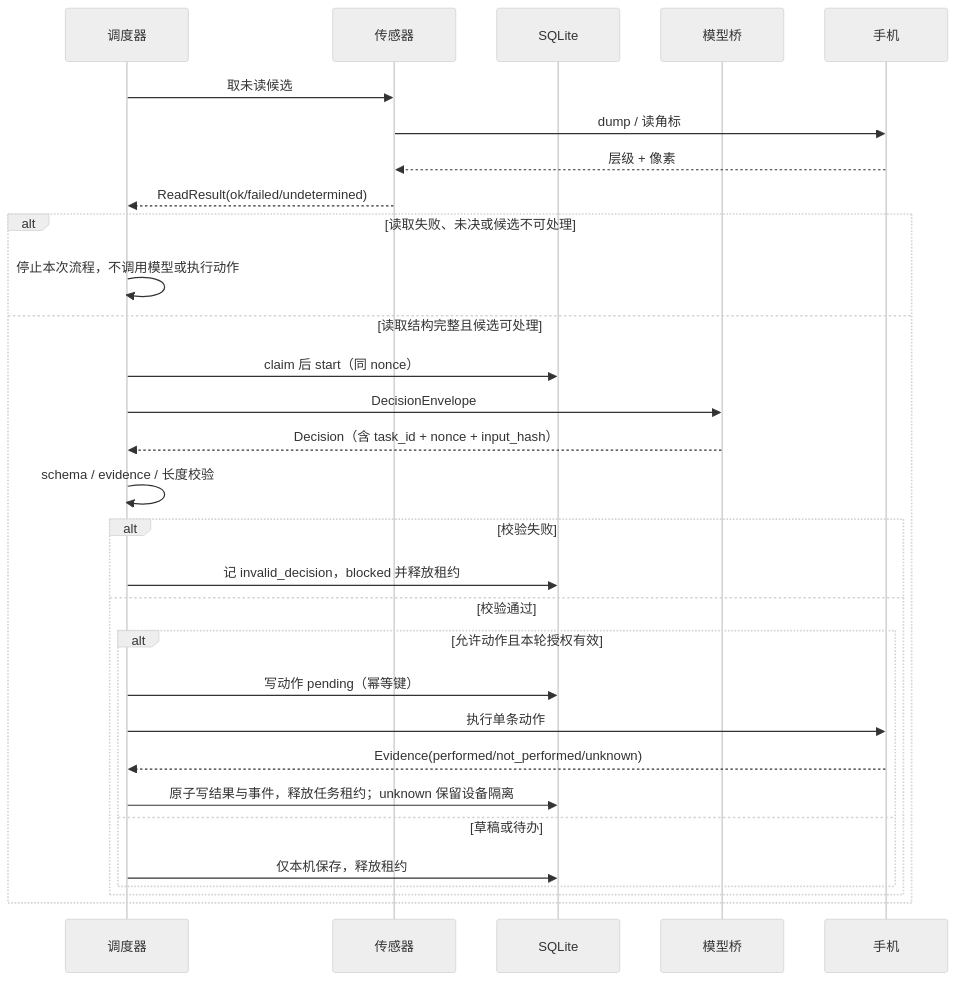
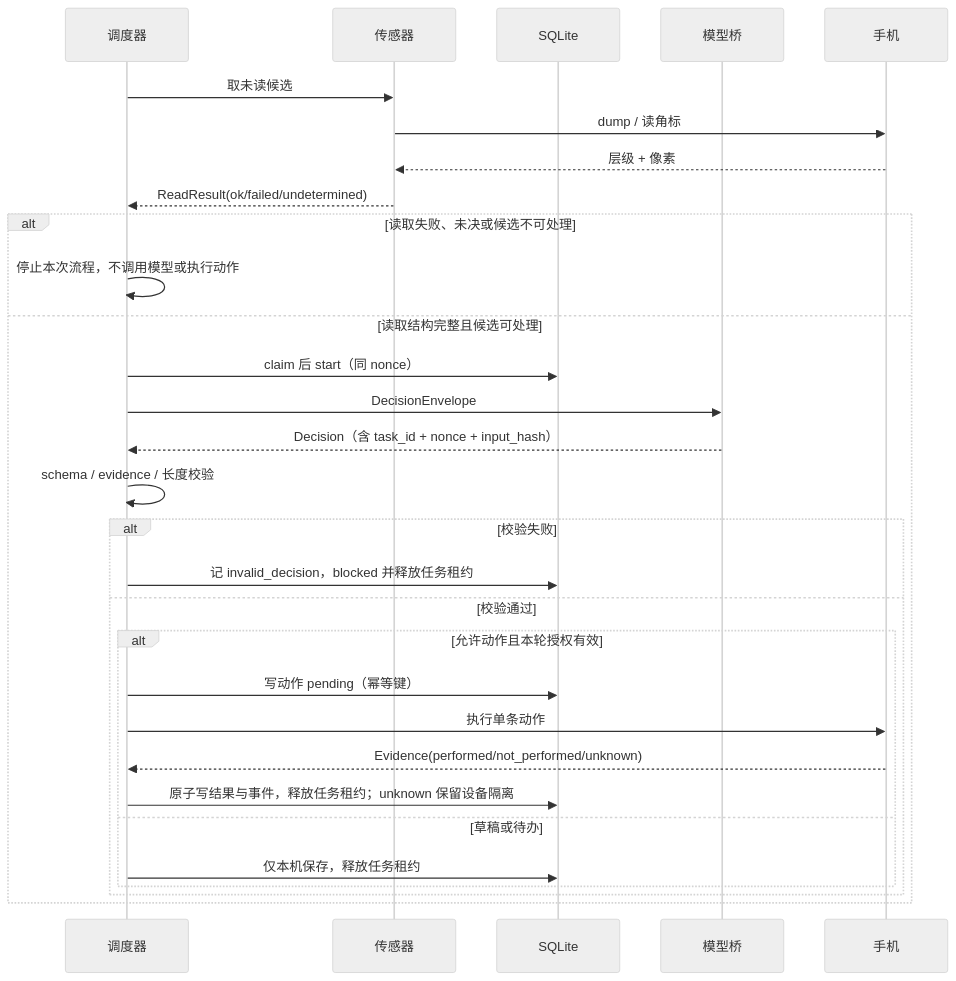
Before and after one commit to bin448482/job-application-openagent: the second of 6 diagrams in docs/BOSS直聘_求职自动化_实施计划_20261123.md, drawn with Mermaid (neutral theme). The commit also changed other lines of this file and 3 other files, not shown here.

````diff
--- a/docs/BOSS直聘_求职自动化_实施计划_20261123.md
+++ b/docs/BOSS直聘_求职自动化_实施计划_20261123.md
@@ -63,33 +63,33 @@
 ```mermaid
 sequenceDiagram
   participant Sch as 调度器
   participant Sen as 传感器
   participant DB as SQLite
   participant Br as 模型桥
   participant Dev as 手机
 
   Sch->>Sen: 取未读候选
   Sen->>Dev: dump / 读角标
   Dev-->>Sen: 层级 + 像素
   Sen-->>Sch: ReadResult(ok/failed/undetermined)
   alt 读取失败、未决或候选不可处理
     Sch->>Sch: 停止本次流程，不调用模型或执行动作
   else 读取结构完整且候选可处理
   Sch->>DB: claim 后 start（同 nonce）
   Sch->>Br: DecisionEnvelope
   Br-->>Sch: Decision（含 task_id + nonce + input_hash）
   Sch->>Sch: schema / evidence / 长度校验
   alt 校验失败
-    Sch->>DB: 记 invalid_decision，blocked 并释放租约
+    Sch->>DB: 记 invalid_decision，blocked 并释放任务租约
   else 校验通过
     alt 允许动作且本轮授权有效
       Sch->>DB: 写动作 pending（幂等键）
       Sch->>Dev: 执行单条动作
       Dev-->>Sch: Evidence(performed/not_performed/unknown)
       Sch->>DB: 原子写结果与事件，释放任务租约；unknown 保留设备隔离
     else 草稿或待办
-      Sch->>DB: 仅本机保存，释放租约
+      Sch->>DB: 仅本机保存，释放任务租约
     end
   end
   end
 ```
````
